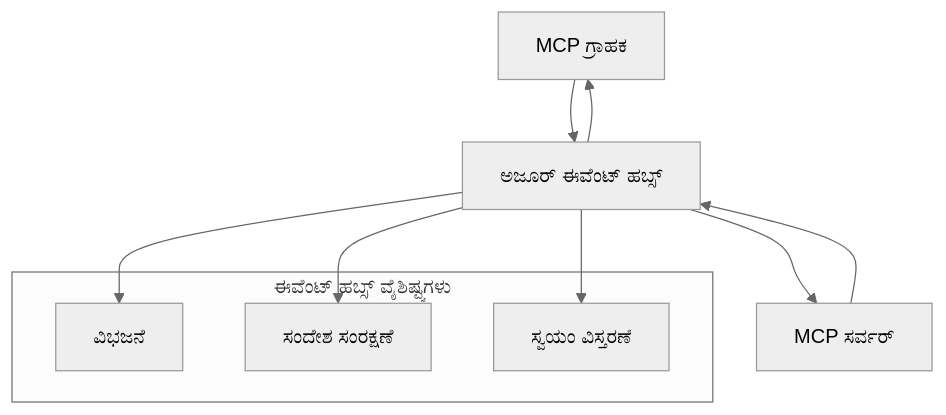
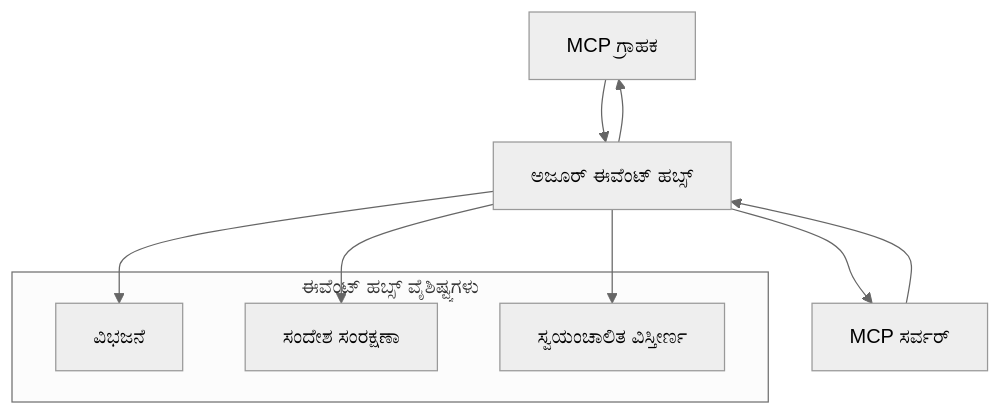
One commit to HIDORAKAI002/ai-workspace-archive changed the second of 2 diagrams in mcp_ecosystem__model_context_protocol/mcp_learning_resources/mcp-for-beginners/translations/kn/05-AdvancedTopics/mcp-transport/README.md. Above: the diagram before and after it, drawn with Mermaid (neutral theme). The commit also changed other lines of this file and 1539 other files, not shown here.

````diff
--- a/mcp_ecosystem__model_context_protocol/mcp_learning_resources/mcp-for-beginners/translations/kn/05-AdvancedTopics/mcp-transport/README.md
+++ b/mcp_ecosystem__model_context_protocol/mcp_learning_resources/mcp-for-beginners/translations/kn/05-AdvancedTopics/mcp-transport/README.md
@@ -269,17 +270,17 @@
 ```mermaid
 graph TB
     Client[MCP ಗ್ರಾಹಕ] --> EH[ಅಜೂರ್ ಈವೆಂಟ್ ಹಬ್ಸ್]
     EH --> Server[MCP ಸರ್ವರ್]
     Server --> EH
     EH --> Client
     
     subgraph "ಈವೆಂಟ್ ಹಬ್ಸ್ ವೈಶಿಷ್ಟ್ಯಗಳು"
         Partition[ವಿಭಜನೆ]
-        Retention[ಸಂದೇಶ ಸಂರಕ್ಷಣೆ]
-        Scaling[ಸ್ವಯಂ ವಿಸ್ತರಣೆ]
+        Retention[ಸಂದೇಶ ಸಂರಕ್ಷಣಾ]
+        Scaling[ಸ್ವಯಂಚಾಲಿತ ವಿಸ್ತೀರ್ಣ]
     end
     
     EH --> Partition
     EH --> Retention
     EH --> Scaling
 ```
````
